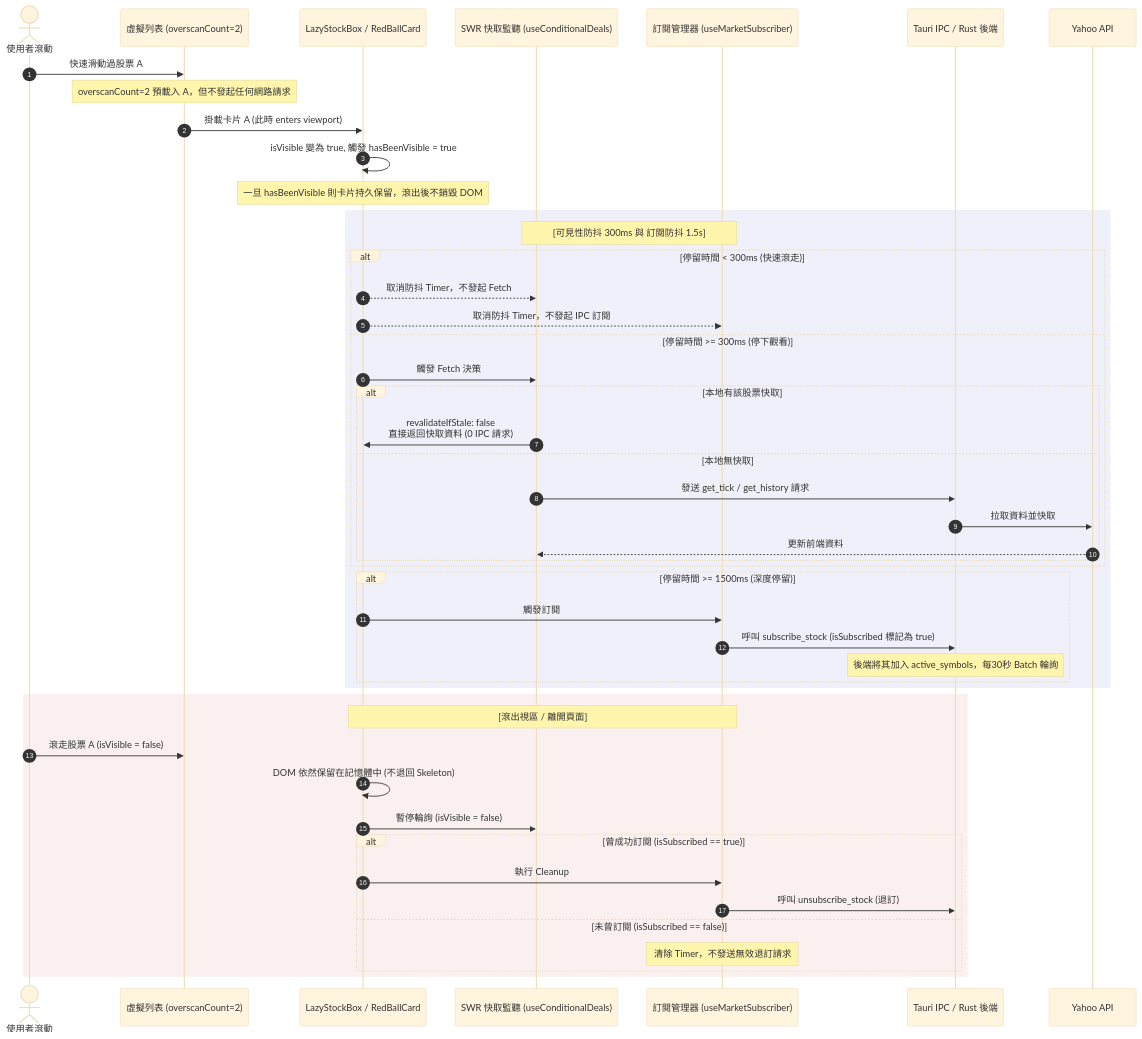
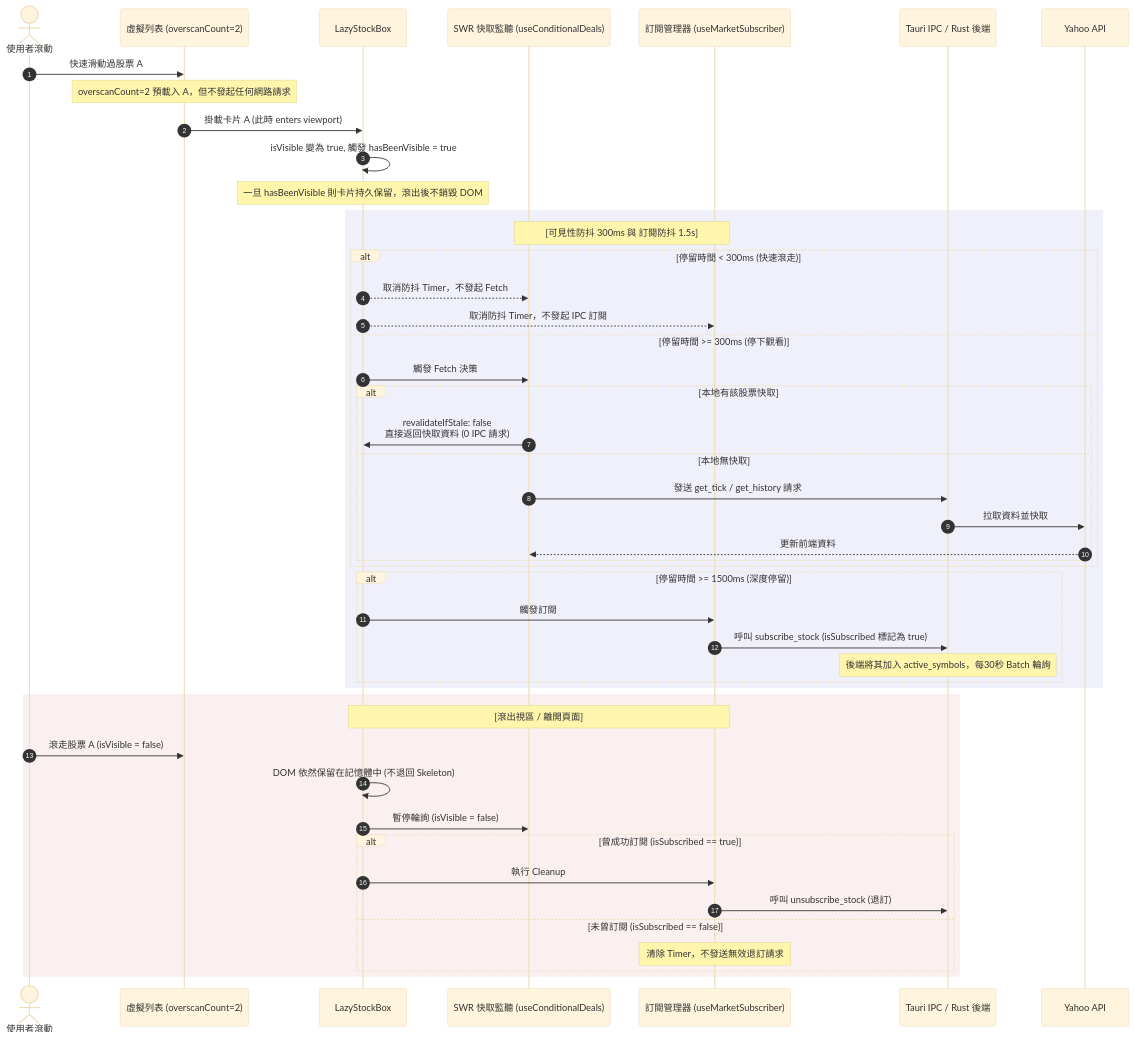
The second of 2 diagrams in docs/list-performance-optimization.md (cosmic1330/SLstening), drawn with Mermaid (base theme) before and after one commit. The commit also changed other lines of this file and 35 other files, not shown here.

````diff
--- a/docs/list-performance-optimization.md
+++ b/docs/list-performance-optimization.md
@@ -37,53 +37,53 @@
 ```mermaid
 sequenceDiagram
     autonumber
     actor User as 使用者滾動
     participant VirtualList as 虛擬列表 (overscanCount=2)
-    participant LazyCard as LazyStockBox / RedBallCard
+    participant LazyCard as LazyStockBox
     participant SWR as SWR 快取監聽 (useConditionalDeals)
     participant Sub as 訂閱管理器 (useMarketSubscriber)
     participant IPC as Tauri IPC / Rust 後端
     participant Yahoo as Yahoo API
 
     User->>VirtualList: 快速滑動過股票 A
     Note over VirtualList: overscanCount=2 預載入 A，但不發起任何網路請求
     VirtualList->>LazyCard: 掛載卡片 A (此時 enters viewport)
     LazyCard->>LazyCard: isVisible 變為 true, 觸發 hasBeenVisible = true
     Note over LazyCard: 一旦 hasBeenVisible 則卡片持久保留，滾出後不銷毀 DOM
 
     rect rgb(240, 240, 250)
         Note over SWR, Sub: [可見性防抖 300ms 與 訂閱防抖 1.5s]
         alt 停留時間 < 300ms (快速滾走)
             LazyCard-->>SWR: 取消防抖 Timer，不發起 Fetch
             LazyCard-->>Sub: 取消防抖 Timer，不發起 IPC 訂閱
         else 停留時間 >= 300ms (停下觀看)
             LazyCard->>SWR: 觸發 Fetch 決策
             alt 本地有該股票快取
                 SWR->>LazyCard: revalidateIfStale: false<br/>直接返回快取資料 (0 IPC 請求)
             else 本地無快取
                 SWR->>IPC: 發送 get_tick / get_history 請求
                 IPC->>Yahoo: 拉取資料並快取
                 Yahoo-->>SWR: 更新前端資料
             end
         end
         
         alt 停留時間 >= 1500ms (深度停留)
             LazyCard->>Sub: 觸發訂閱
             Sub->>IPC: 呼叫 subscribe_stock (isSubscribed 標記為 true)
             Note over IPC: 後端將其加入 active_symbols，每30秒 Batch 輪詢
         end
     end
 
     rect rgb(250, 240, 240)
         Note over LazyCard, Sub: [滾出視區 / 離開頁面]
         User->>VirtualList: 滾走股票 A (isVisible = false)
         LazyCard->>LazyCard: DOM 依然保留在記憶體中 (不退回 Skeleton)
         LazyCard->>SWR: 暫停輪詢 (isVisible = false)
         alt 曾成功訂閱 (isSubscribed == true)
             LazyCard->>Sub: 執行 Cleanup
             Sub->>IPC: 呼叫 unsubscribe_stock (退訂)
         else 未曾訂閱 (isSubscribed == false)
             Note over Sub: 清除 Timer，不發送無效退訂請求
         end
     end
 ```
````
